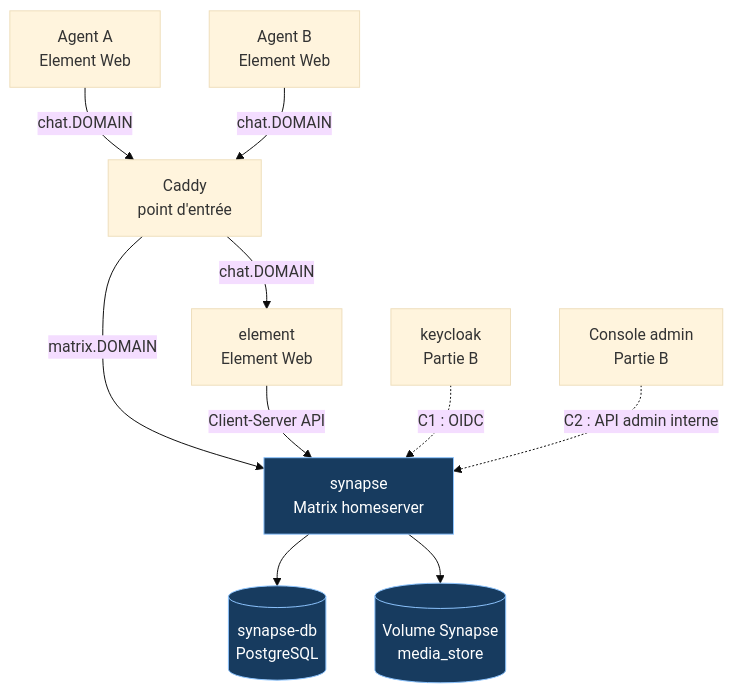
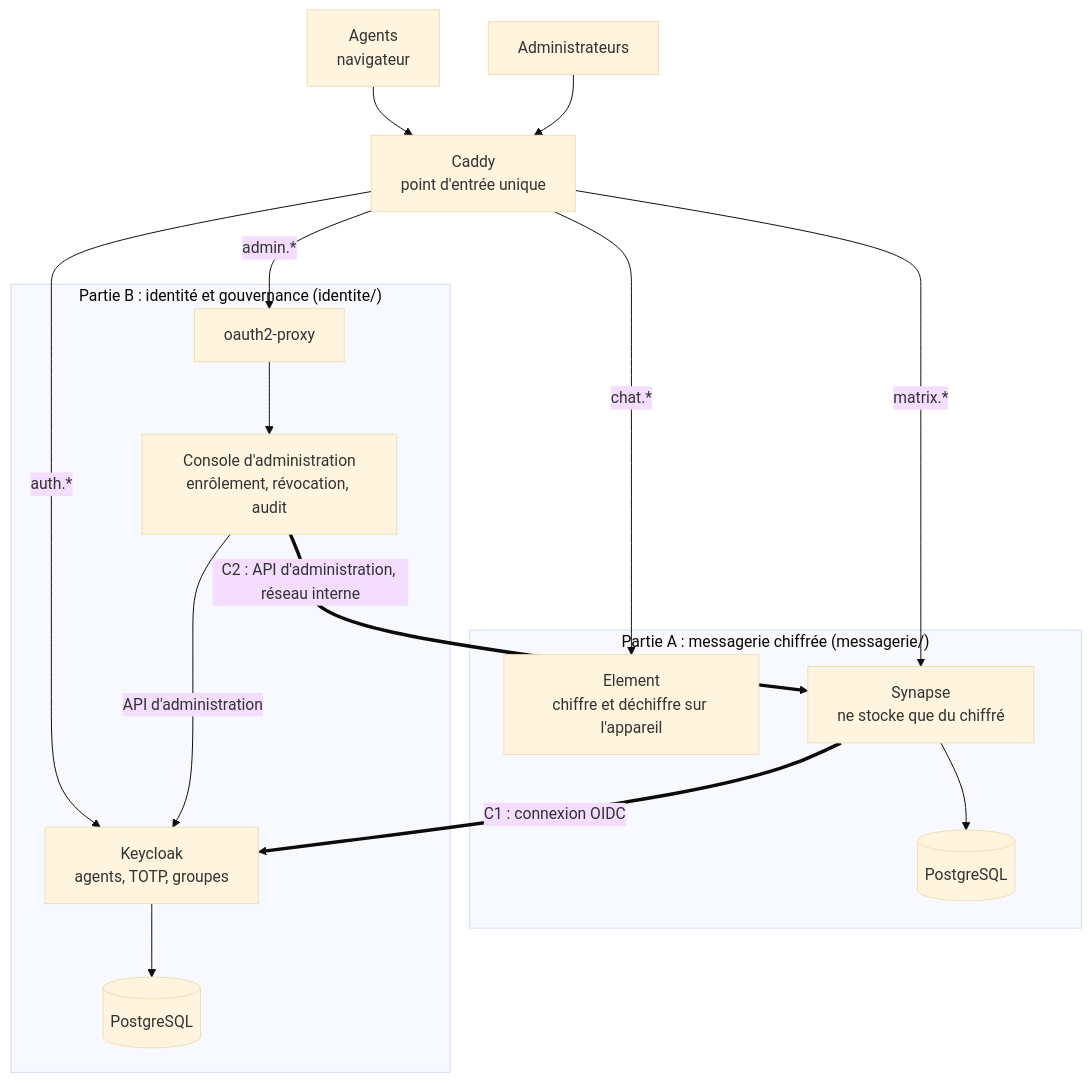
Before and after one commit to zbelem001/faso_msg: the diagram in README.md, drawn with Mermaid (base theme). The commit also changed other lines of this file and 5 other files, not shown here.

````diff
--- a/README.md
+++ b/README.md
@@ -30,26 +21,27 @@
 ```mermaid
 flowchart TB
-    AgentA["Agent A<br/>Element Web"]
-    AgentB["Agent B<br/>Element Web"]
-    Admin["Console admin<br/>Partie B"]
-    Caddy["Caddy<br/>point d'entrée"]
-    Element["element<br/>Element Web"]
-    Synapse["synapse<br/>Matrix homeserver"]
-    SynapseDB[("synapse-db<br/>PostgreSQL")]
-    Media[("Volume Synapse<br/>media_store")]
-    Keycloak["keycloak<br/>Partie B"]
+    AG["Agents<br/>navigateur"] --> CA["Caddy<br/>point d'entrée unique"]
+    AD["Administrateurs"] --> CA
 
-    AgentA -->|"chat.DOMAIN"| Caddy
-    AgentB -->|"chat.DOMAIN"| Caddy
-    Caddy -->|"chat.DOMAIN"| Element
-    Caddy -->|"matrix.DOMAIN"| Synapse
-    Element -->|"Client-Server API"| Synapse
-    Synapse --> SynapseDB
-    Synapse --> Media
+    subgraph A["Partie A : messagerie chiffrée (messagerie/)"]
+        EL["Element<br/>chiffre et déchiffre sur l'appareil"]
+        SY["Synapse<br/>ne stocke que du chiffré"]
+        SDB[("PostgreSQL")]
+        SY --> SDB
+    end
 
-    Keycloak -. "C1 : OIDC" .-> Synapse
-    Admin -. "C2 : API admin interne" .-> Synapse
+    subgraph B["Partie B : identité et gouvernance (identite/)"]
+        OP["oauth2-proxy"] --> CO["Console d'administration<br/>enrôlement, révocation, audit"]
+        KC["Keycloak<br/>agents, TOTP, groupes"]
+        KDB[("PostgreSQL")]
+        KC --> KDB
+    end
 
-    classDef encrypted fill:#173b5f,color:#fff,stroke:#8ec5ff;
-    class Synapse,SynapseDB,Media encrypted;
+    CA -- "chat.*" --> EL
+    CA -- "matrix.*" --> SY
+    CA -- "auth.*" --> KC
+    CA -- "admin.*" --> OP
+    SY == "C1 : connexion OIDC" ==> KC
+    CO == "C2 : API d'administration, réseau interne" ==> SY
+    CO -- "API d'administration" --> KC
 ```
````
